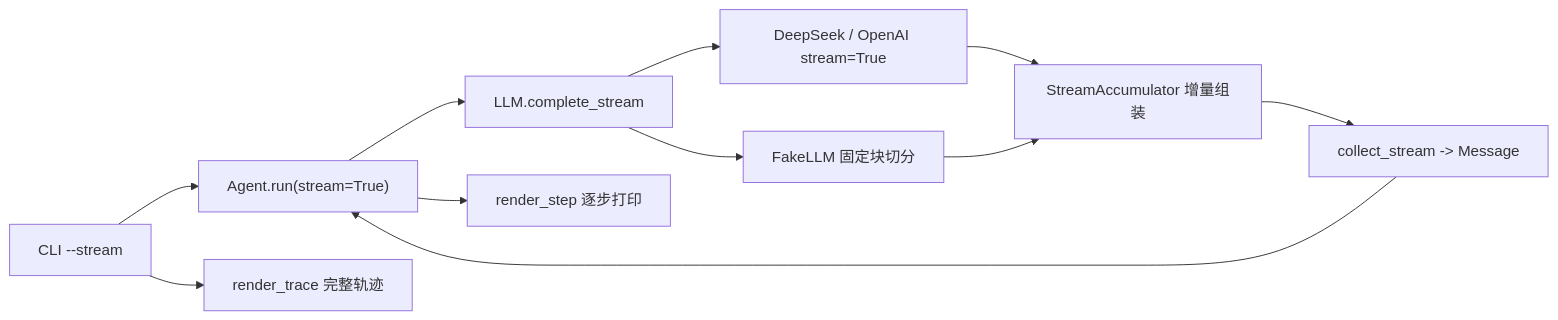
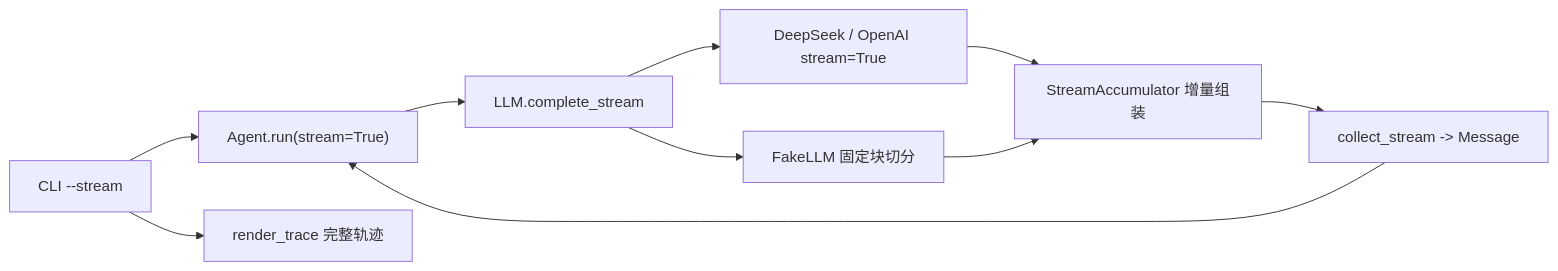
The diagram in docs/architecture/day-25-streaming-output-code-walkthrough.md (fufufu11/Self-ReAct), drawn with Mermaid before and after one commit. The commit also changed other lines of this file and 4 other files, not shown here.

````diff
--- a/docs/architecture/day-25-streaming-output-code-walkthrough.md
+++ b/docs/architecture/day-25-streaming-output-code-walkthrough.md
@@ -31,23 +31,21 @@
 ```mermaid
 flowchart LR
     CLI["CLI --stream"]
     Agent["Agent.run(stream=True)"]
     LLM["LLM.complete_stream"]
     Provider["DeepSeek / OpenAI stream=True"]
     Fake["FakeLLM 固定块切分"]
     Acc["StreamAccumulator 增量组装"]
     Collect["collect_stream -> Message"]
-    Step["render_step 逐步打印"]
     Trace["render_trace 完整轨迹"]
 
     CLI --> Agent
     Agent --> LLM
     LLM --> Provider
     LLM --> Fake
     Provider --> Acc
     Fake --> Acc
     Acc --> Collect
     Collect --> Agent
-    Agent --> Step
     CLI --> Trace
 ```
````
